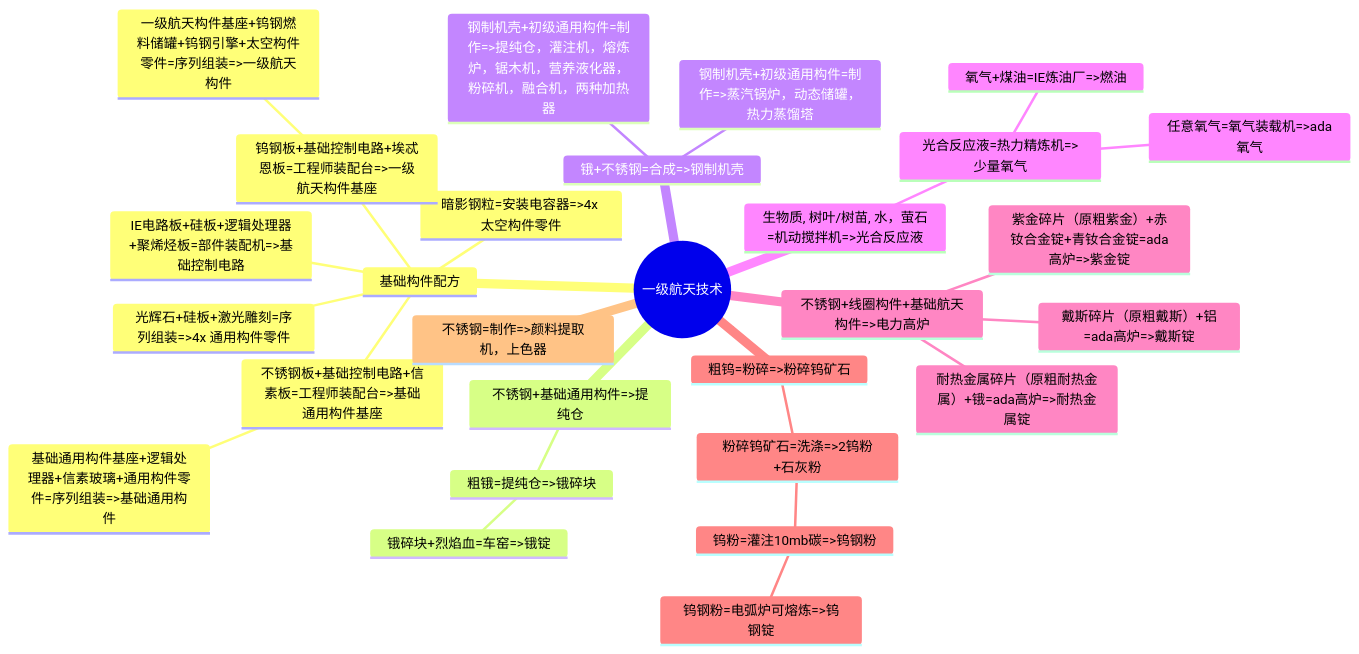
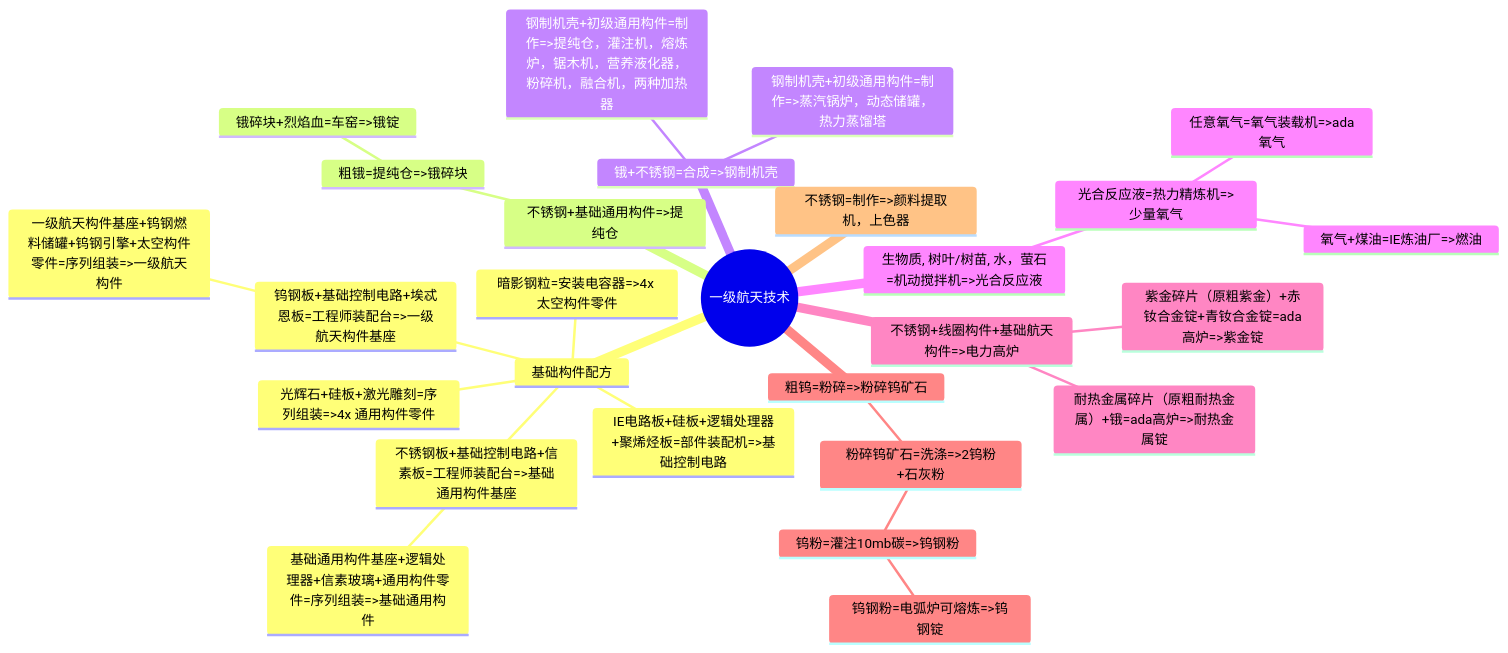
One commit to VechniMetel/CodeNameCIM2 changed the first of 4 diagrams in Developer/TechTreeMap.md. Above: the diagram before and after it, drawn with Mermaid. The commit also changed other lines of this file and 5 other files, not shown here.

````diff
--- a/Developer/TechTreeMap.md
+++ b/Developer/TechTreeMap.md
@@ -2,31 +2,30 @@
 ``` mermaid
 mindmap
     root((一级航天技术))
         基础构件配方
             IE电路板+硅板+逻辑处理器+聚烯烃板=部件装配机=>基础控制电路
             光辉石+硅板+激光雕刻=序列组装=>4x 通用构件零件
             暗影钢粒=安装电容器=>4x 太空构件零件
             钨钢板+基础控制电路+埃忒恩板=工程师装配台=>一级航天构件基座
                 一级航天构件基座+钨钢燃料储罐+钨钢引擎+太空构件零件=序列组装=>一级航天构件
             不锈钢板+基础控制电路+信素板=工程师装配台=>基础通用构件基座
                 基础通用构件基座+逻辑处理器+信素玻璃+通用构件零件=序列组装=>基础通用构件
         不锈钢+基础通用构件=>提纯仓
             粗锇=提纯仓=>锇碎块
                 锇碎块+烈焰血=车窑=>锇锭
         锇+不锈钢=合成=>钢制机壳
             钢制机壳+初级通用构件=制作=>提纯仓，灌注机，熔炼炉，锯木机，营养液化器，粉碎机，融合机，两种加热器
             钢制机壳+初级通用构件=制作=>蒸汽锅炉，动态储罐，热力蒸馏塔
         生物质, 树叶/树苗, 水，萤石=机动搅拌机=>光合反应液
             光合反应液=热力精炼机=>少量氧气
                 氧气+煤油=IE炼油厂=>燃油
                 任意氧气=氧气装载机=>ada氧气
         不锈钢+线圈构件+基础航天构件=>电力高炉
-            戴斯碎片（原粗戴斯）+铝=ada高炉=>戴斯锭
             紫金碎片（原粗紫金）+赤钕合金锭+青钕合金锭=ada高炉=>紫金锭
             耐热金属碎片（原粗耐热金属）+锇=ada高炉=>耐热金属锭
         粗钨=粉碎=>粉碎钨矿石
             粉碎钨矿石=洗涤=>2钨粉+石灰粉
                 钨粉=灌注10mb碳=>钨钢粉
                     钨钢粉=电弧炉可熔炼=>钨钢锭
         不锈钢=制作=>颜料提取机，上色器
 ```
````
